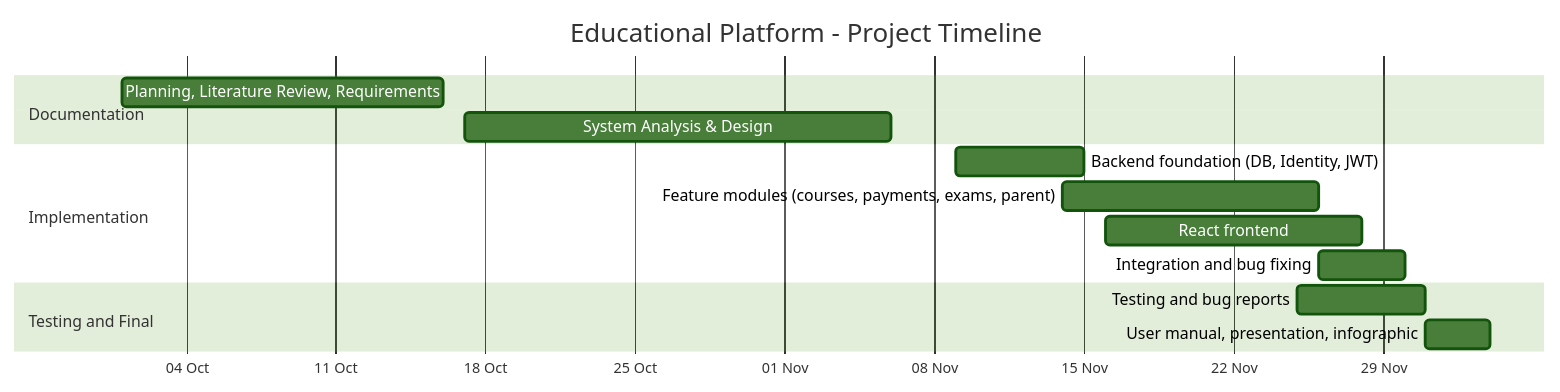
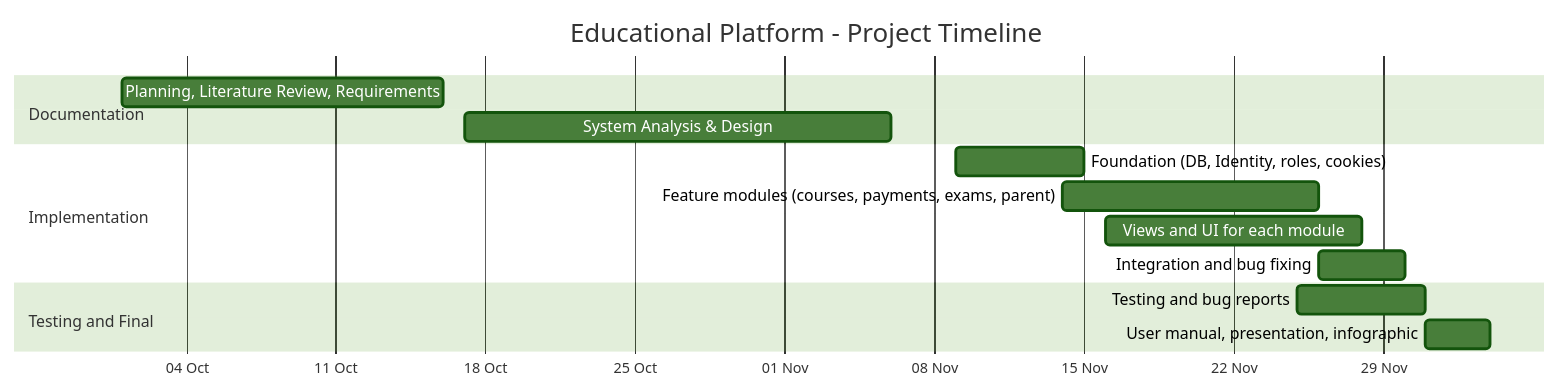
One commit to MohamedHany1n/Educational-Platform changed the diagram in docs/1-planning/02-project-plan.md. Above: the diagram before and after it, drawn with Mermaid (forest theme). The commit also changed other lines of this file and 28 other files, not shown here.

````diff
--- a/docs/1-planning/02-project-plan.md
+++ b/docs/1-planning/02-project-plan.md
@@ -5,20 +5,20 @@
 ```mermaid
 gantt
     title Educational Platform - Project Timeline
     dateFormat YYYY-MM-DD
     axisFormat %d %b
 
     section Documentation
     Planning, Literature Review, Requirements :doc1, 2026-10-01, 2026-10-16
     System Analysis & Design                  :doc2, 2026-10-17, 2026-11-06
 
     section Implementation
-    Backend foundation (DB, Identity, JWT)    :dev1, 2026-11-09, 2026-11-15
+    Foundation (DB, Identity, roles, cookies) :dev1, 2026-11-09, 2026-11-15
     Feature modules (courses, payments, exams, parent) :dev2, 2026-11-14, 2026-11-26
-    React frontend                            :dev3, 2026-11-16, 2026-11-28
+    Views and UI for each module          :dev3, 2026-11-16, 2026-11-28
     Integration and bug fixing                :dev4, 2026-11-26, 2026-11-30
 
     section Testing and Final
     Testing and bug reports                   :test1, 2026-11-25, 2026-12-01
     User manual, presentation, infographic    :fin1, 2026-12-01, 2026-12-04
 ```
````
